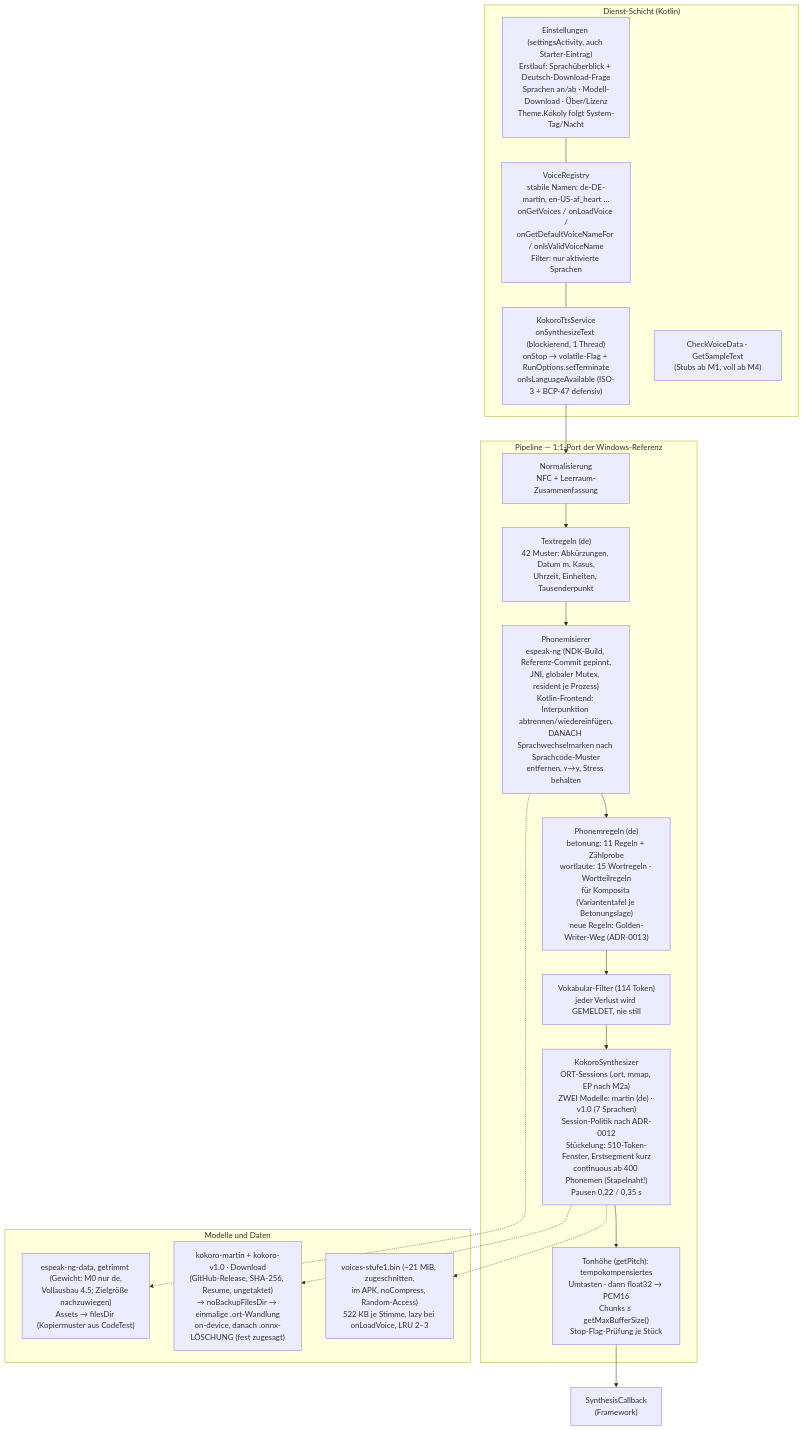
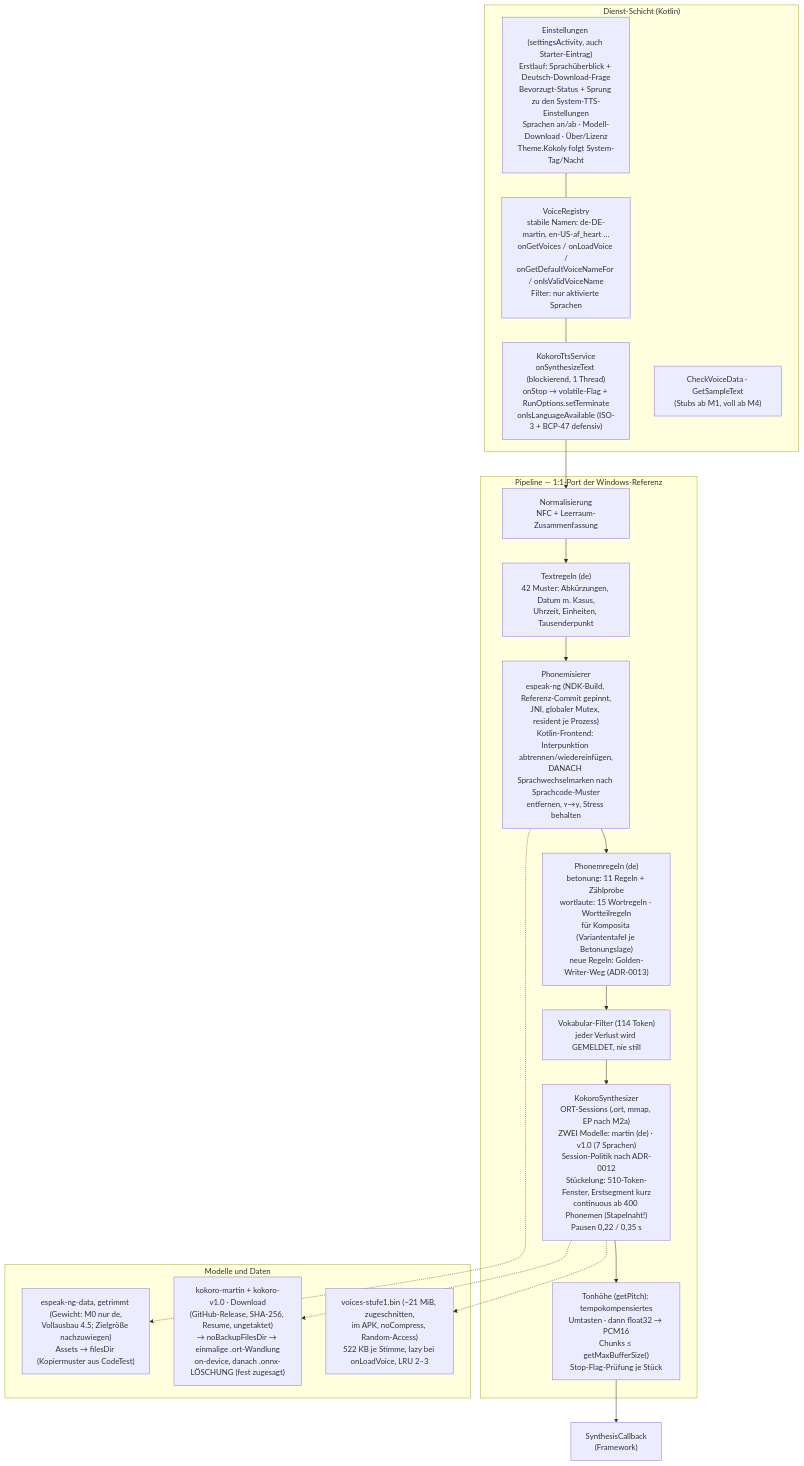
The second of 2 diagrams in docs/architektur.md (loom7/kokoly), drawn with Mermaid before and after one commit. The commit also changed 2 other files, not shown here.

Commit message:
feat: Sprung zu den System-TTS-Einstellungen samt Bevorzugt-Status
Neuer Abschnitt »Sprachausgabe des Systems«: zeigt ehrlich, ob Kokoly die
bevorzugte Engine ist (tts_default_synth), und öffnet per Knopf die
Text-zu-Sprache-Systemeinstellungen (com.android.settings.TTS_SETTINGS,
mit Toast-Rückfall). Seite baut sich bei onResume neu — wer aus den
Systemeinstellungen zurückkommt, sieht den Status sofort; während eines
Downloads unterbleibt der Neuaufbau (laedt-Merker), damit der
Fortschrittsbalken seine Ansicht behält.

````diff
--- a/docs/architektur.md
+++ b/docs/architektur.md
@@ -34,29 +34,29 @@
 ```mermaid
 flowchart TB
     subgraph SVC["Dienst-Schicht (Kotlin)"]
         TTS["KokoroTtsService<br/>onSynthesizeText (blockierend, 1 Thread)<br/>onStop → volatile-Flag + RunOptions.setTerminate<br/>onIsLanguageAvailable (ISO-3 + BCP-47 defensiv)"]
         REG["VoiceRegistry<br/>stabile Namen: de-DE-martin, en-US-af_heart …<br/>onGetVoices / onLoadVoice /<br/>onGetDefaultVoiceNameFor / onIsValidVoiceName<br/>Filter: nur aktivierte Sprachen"]
-        SET["Einstellungen (settingsActivity, auch Starter-Eintrag)<br/>Erstlauf: Sprachüberblick + Deutsch-Download-Frage<br/>Sprachen an/ab · Modell-Download · Über/Lizenz<br/>Theme.Kokoly folgt System-Tag/Nacht"]
+        SET["Einstellungen (settingsActivity, auch Starter-Eintrag)<br/>Erstlauf: Sprachüberblick + Deutsch-Download-Frage<br/>Bevorzugt-Status + Sprung zu den System-TTS-Einstellungen<br/>Sprachen an/ab · Modell-Download · Über/Lizenz<br/>Theme.Kokoly folgt System-Tag/Nacht"]
         CVD["CheckVoiceData · GetSampleText<br/>(Stubs ab M1, voll ab M4)"]
     end
     subgraph PIPE["Pipeline — 1:1-Port der Windows-Referenz"]
         NORM["Normalisierung<br/>NFC + Leerraum-Zusammenfassung"]
         TXT["Textregeln (de)<br/>42 Muster: Abkürzungen, Datum m. Kasus,<br/>Uhrzeit, Einheiten, Tausenderpunkt"]
         PHON["Phonemisierer<br/>espeak-ng (NDK-Build, Referenz-Commit gepinnt,<br/>JNI, globaler Mutex, resident je Prozess)<br/>Kotlin-Frontend: Interpunktion abtrennen/wiedereinfügen,<br/>DANACH Sprachwechselmarken nach Sprachcode-Muster<br/>entfernen, ʏ→y, Stress behalten"]
         PR["Phonemregeln (de)<br/>betonung: 11 Regeln + Zählprobe<br/>wortlaute: 15 Wortregeln · Wortteilregeln<br/>für Komposita (Variantentafel je Betonungslage)<br/>neue Regeln: Golden-Writer-Weg (ADR-0013)"]
         VOC["Vokabular-Filter (114 Token)<br/>jeder Verlust wird GEMELDET, nie still"]
         KOK["KokoroSynthesizer<br/>ORT-Sessions (.ort, mmap, EP nach M2a)<br/>ZWEI Modelle: martin (de) · v1.0 (7 Sprachen)<br/>Session-Politik nach ADR-0012<br/>Stückelung: 510-Token-Fenster, Erstsegment kurz<br/>continuous ab 400 Phonemen (Stapelnaht!)<br/>Pausen 0,22 / 0,35 s"]
         PCM["Tonhöhe (getPitch): tempokompensiertes<br/>Umtasten · dann float32 → PCM16<br/>Chunks ≤ getMaxBufferSize()<br/>Stop-Flag-Prüfung je Stück"]
     end
     subgraph DATA["Modelle und Daten"]
         ESPD["espeak-ng-data, getrimmt (Gewicht: M0 nur de,<br/>Vollausbau 4.5; Zielgröße nachzuwiegen)<br/>Assets → filesDir (Kopiermuster aus CodeTest)"]
         MODEL["kokoro-martin + kokoro-v1.0 · Download<br/>(GitHub-Release, SHA-256, Resume, ungetaktet)<br/>→ noBackupFilesDir → einmalige .ort-Wandlung<br/>on-device, danach .onnx-LÖSCHUNG (fest zugesagt)"]
         VOI["voices-stufe1.bin (~21 MiB, zugeschnitten,<br/>im APK, noCompress, Random-Access)<br/>522 KB je Stimme, lazy bei onLoadVoice, LRU 2–3"]
     end
     TTS --> NORM --> TXT --> PHON --> PR --> VOC --> KOK --> PCM --> CB["SynthesisCallback<br/>(Framework)"]
     REG --- TTS
     SET --- REG
     PHON -.-> ESPD
     KOK -.-> MODEL
     KOK -.-> VOI
 ```
````
